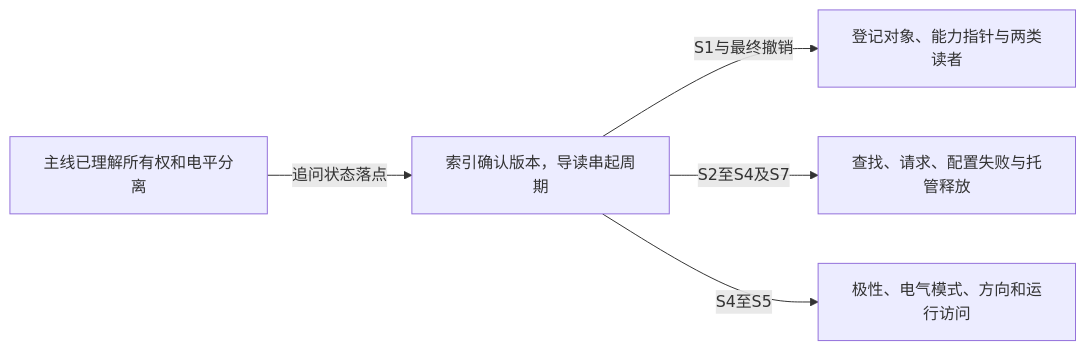
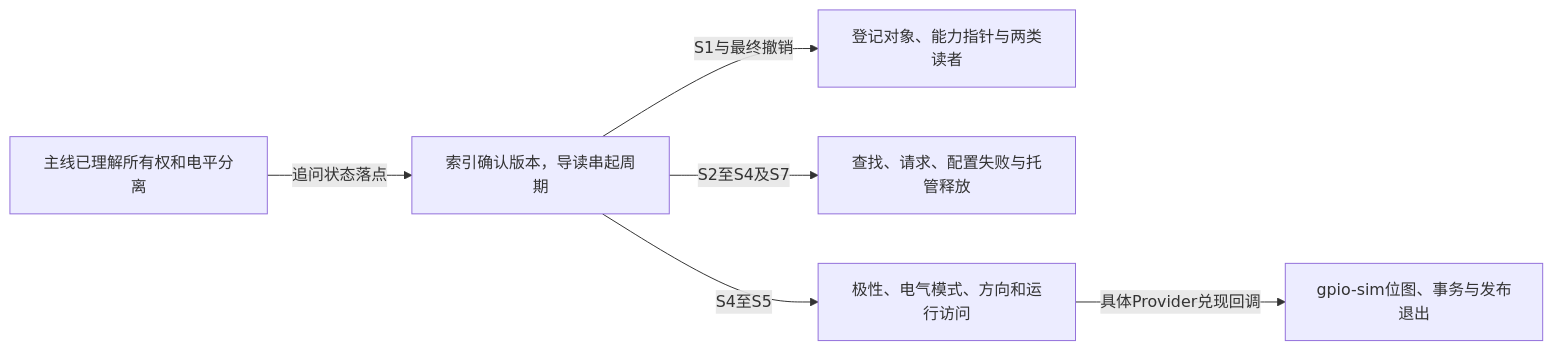
One commit to FormingSystem/linux_note changed the diagram in research/source_reading/gpiolib/大纲.md. Above: the diagram before and after it, drawn with Mermaid. The commit also changed other lines of this file and 8 other files, not shown here.

````diff
--- a/research/source_reading/gpiolib/大纲.md
+++ b/research/source_reading/gpiolib/大纲.md
@@ -17,7 +17,8 @@
 ```mermaid
 flowchart LR
     a["主线已理解所有权和电平分离"] -->|"追问状态落点"| b["索引确认版本，导读串起周期"]
     b -->|"S1与最终撤销"| c["登记对象、能力指针与两类读者"]
     b -->|"S2至S4及S7"| d["查找、请求、配置失败与托管释放"]
     b -->|"S4至S5"| e["极性、电气模式、方向和运行访问"]
+    e -->|"具体Provider兑现回调"| f["gpio-sim位图、事务与发布退出"]
 ```
````
